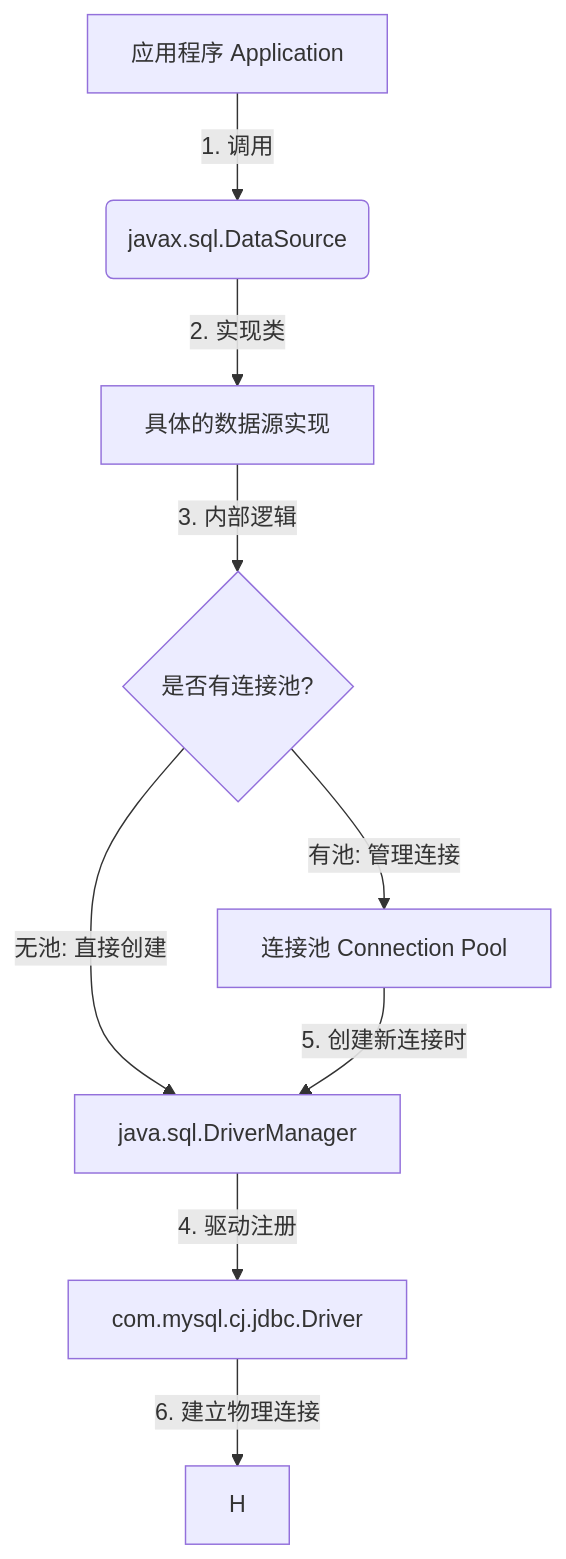
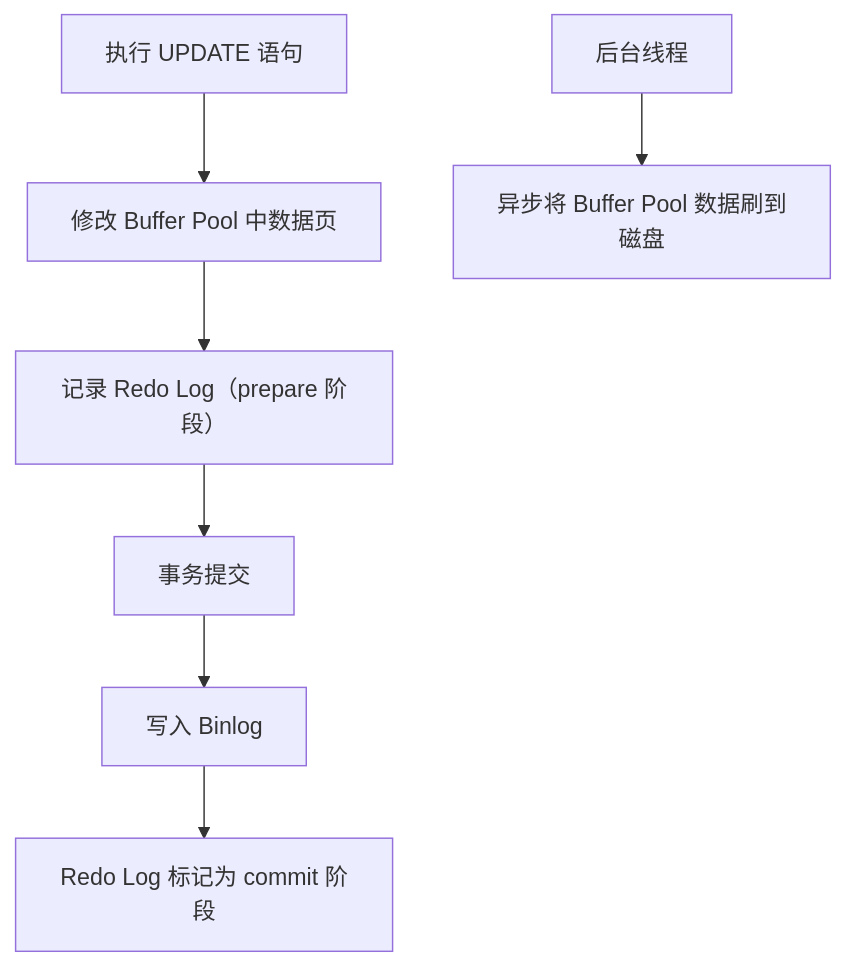
The first of 3 diagrams in 02-Mysql/02-Mysql.md (ldshuihen/Java-Interview-Notes), drawn with Mermaid before and after one commit. The commit also changed other lines of this file and 337 other files, not shown here.

````diff
--- a/02-Mysql/02-Mysql.md
+++ b/02-Mysql/02-Mysql.md
@@ -1436,11 +2883,9 @@
 ```mermaid
-graph TD
-    A[应用程序 Application] -- 1. 调用 --> B(javax.sql.DataSource)
-    B -- 2. 实现类 --> C[具体的数据源实现]
-    C -- 3. 内部逻辑 --> D{是否有连接池?}
-    D -- 无池: 直接创建 --> E[java.sql.DriverManager]
-    D -- 有池: 管理连接 --> F[连接池 Connection Pool]
-    E -- 4. 驱动注册 --> G[com.mysql.cj.jdbc.Driver]
-    F -- 5. 创建新连接时 --> E
-    G -- 6. 建立物理连接 --> H
+flowchart TD
+    A[执行 UPDATE 语句] --> B[修改 Buffer Pool 中数据页]
+    B --> C["记录 Redo Log（prepare 阶段）"]
+    C --> D[事务提交]
+    D --> E[写入 Binlog]
+    E --> F[Redo Log 标记为 commit 阶段]
+    G[后台线程] --> H[异步将 Buffer Pool 数据刷到磁盘]
 ```
````
